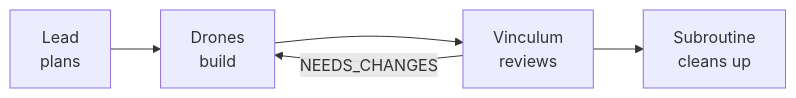
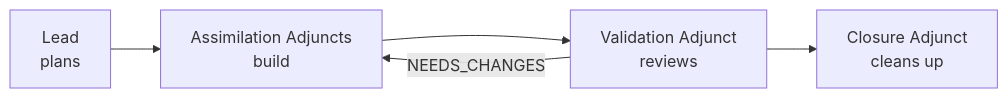
The first of 10 diagrams in README.md (benediktms/unimatrix), drawn with Mermaid before and after one commit. The commit also changed other lines of this file and 1 other file, not shown here.

````diff
--- a/README.md
+++ b/README.md
@@ -11,5 +11,5 @@
 ```mermaid
 flowchart LR
-    Plan["Lead<br/>plans"] --> Execute["Drones<br/>build"] --> Review["Vinculum<br/>reviews"] --> Cleanup["Subroutine<br/>cleans up"]
+    Plan["Lead<br/>plans"] --> Execute["Assimilation Adjuncts<br/>build"] --> Review["Validation Adjunct<br/>reviews"] --> Cleanup["Closure Adjunct<br/>cleans up"]
     Review -->|NEEDS_CHANGES| Execute
 ```
````
